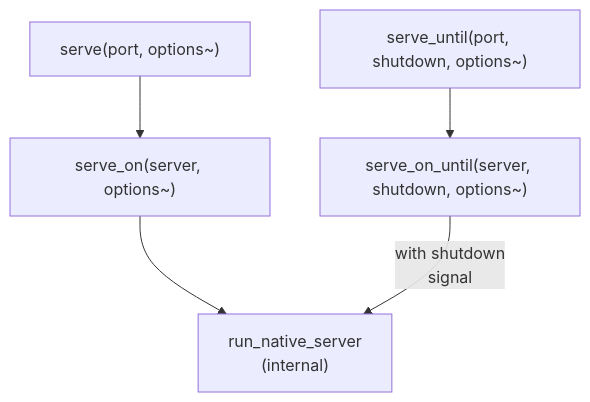
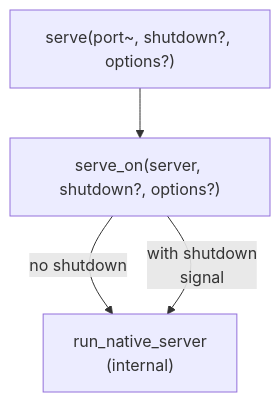
Before and after one commit to bobzhang/mocket: the seventh of 7 diagrams in ARCHITECTURE.md, drawn with Mermaid. The commit also changed other lines of this file and 5 other files, not shown here.

First line of the commit message:
merge Mocket::serve_until into serve, serve_on_until into serve_on

````diff
--- a/ARCHITECTURE.md
+++ b/ARCHITECTURE.md
@@ -1054,13 +1054,10 @@
 ```mermaid
 graph TD
-    SERVE["serve(port, options~)"]
-    SERVE_ON["serve_on(server, options~)"]
-    SERVE_UNTIL["serve_until(port, shutdown, options~)"]
-    SERVE_ON_UNTIL["serve_on_until(server, shutdown, options~)"]
+    SERVE["serve(port~, shutdown?, options?)"]
+    SERVE_ON["serve_on(server, shutdown?, options?)"]
     RUN["run_native_server<br/>(internal)"]
 
     SERVE --> SERVE_ON
-    SERVE_UNTIL --> SERVE_ON_UNTIL
-    SERVE_ON --> RUN
-    SERVE_ON_UNTIL -->|"with shutdown<br/>signal"| RUN
+    SERVE_ON -->|"no shutdown"| RUN
+    SERVE_ON -->|"with shutdown<br/>signal"| RUN
 ```
````
